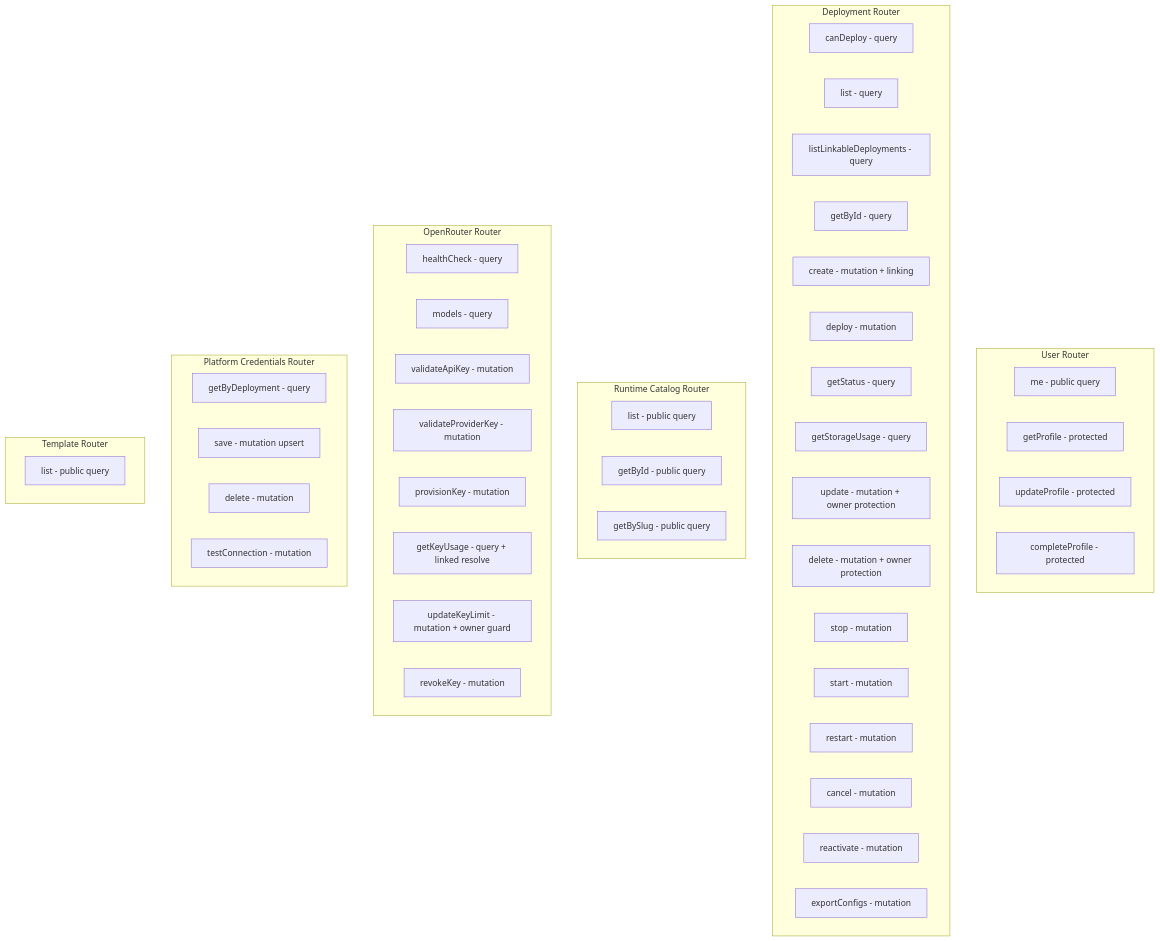
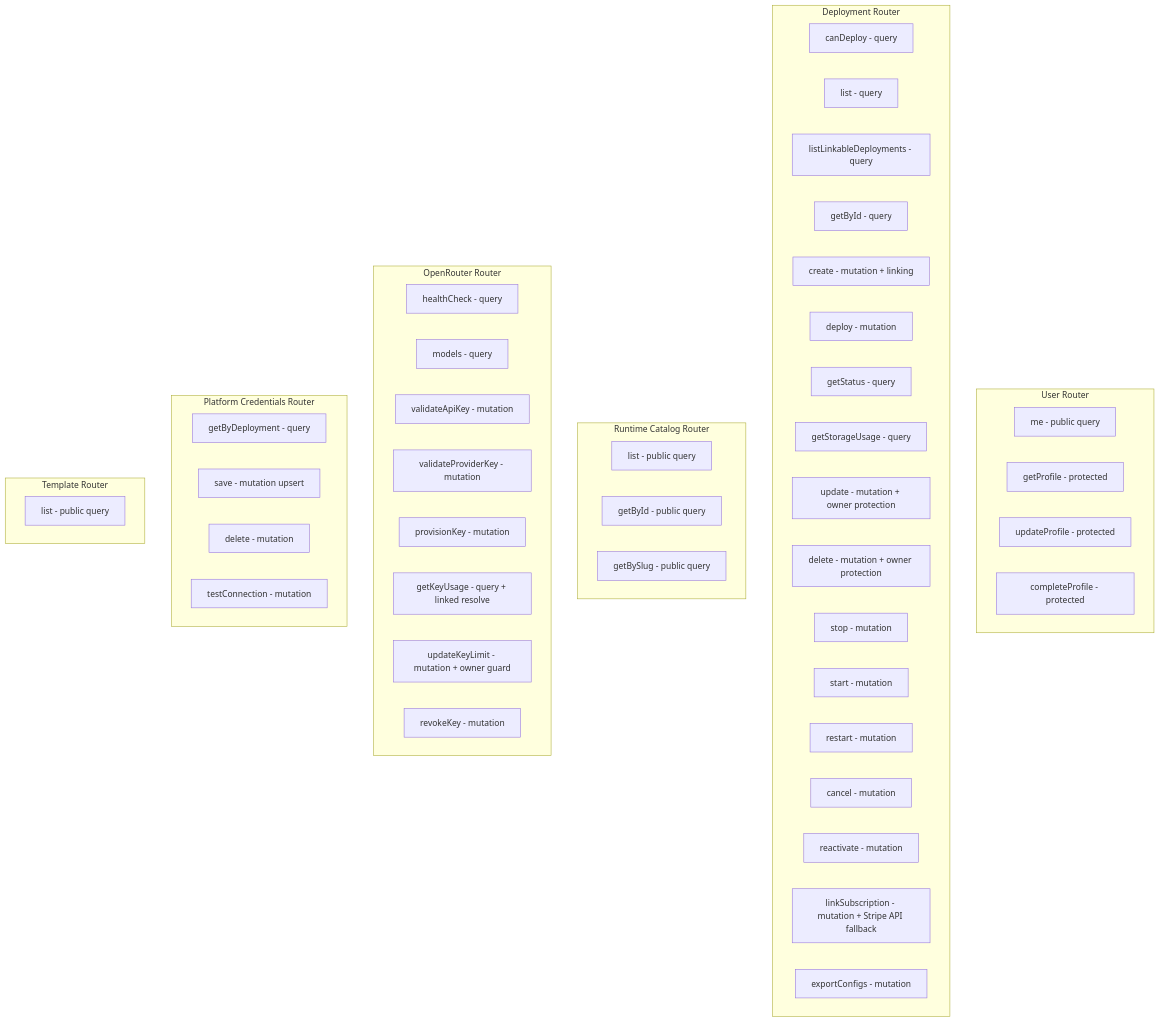
The fourth of 15 diagrams in OVERVIEW.md (Bretthb/jarble), drawn with Mermaid before and after one commit. The commit also changed other lines of this file and 8 other files, not shown here.

First line of the commit message:
Add Stripe subscription-to-deployment sync and Export Config button

````diff
--- a/OVERVIEW.md
+++ b/OVERVIEW.md
@@ -165,56 +165,57 @@
 ```mermaid
 graph TB
     subgraph "User Router"
         U1[me - public query]
         U2[getProfile - protected]
         U3[updateProfile - protected]
         U4[completeProfile - protected]
     end
 
     subgraph "Deployment Router"
         D1[canDeploy - query]
         D2[list - query]
         D2b[listLinkableDeployments - query]
         D3[getById - query]
         D4[create - mutation + linking]
         D5[deploy - mutation]
         D6[getStatus - query]
         D6b[getStorageUsage - query]
         D7[update - mutation + owner protection]
         D8[delete - mutation + owner protection]
         D9[stop - mutation]
         D10[start - mutation]
         D11[restart - mutation]
         D12[cancel - mutation]
         D13[reactivate - mutation]
-        D14[exportConfigs - mutation]
+        D14[linkSubscription - mutation + Stripe API fallback]
+        D15[exportConfigs - mutation]
     end
 
     subgraph "Runtime Catalog Router"
         RC1[list - public query]
         RC2[getById - public query]
         RC3[getBySlug - public query]
     end
 
     subgraph "OpenRouter Router"
         OR1[healthCheck - query]
         OR2[models - query]
         OR3[validateApiKey - mutation]
         OR4[validateProviderKey - mutation]
         OR5[provisionKey - mutation]
         OR6[getKeyUsage - query + linked resolve]
         OR7[updateKeyLimit - mutation + owner guard]
         OR8[revokeKey - mutation]
     end
 
     subgraph "Platform Credentials Router"
         PC1[getByDeployment - query]
         PC2[save - mutation upsert]
         PC3[delete - mutation]
         PC4[testConnection - mutation]
     end
 
     subgraph "Template Router"
         T1[list - public query]
     end
 ```
````
